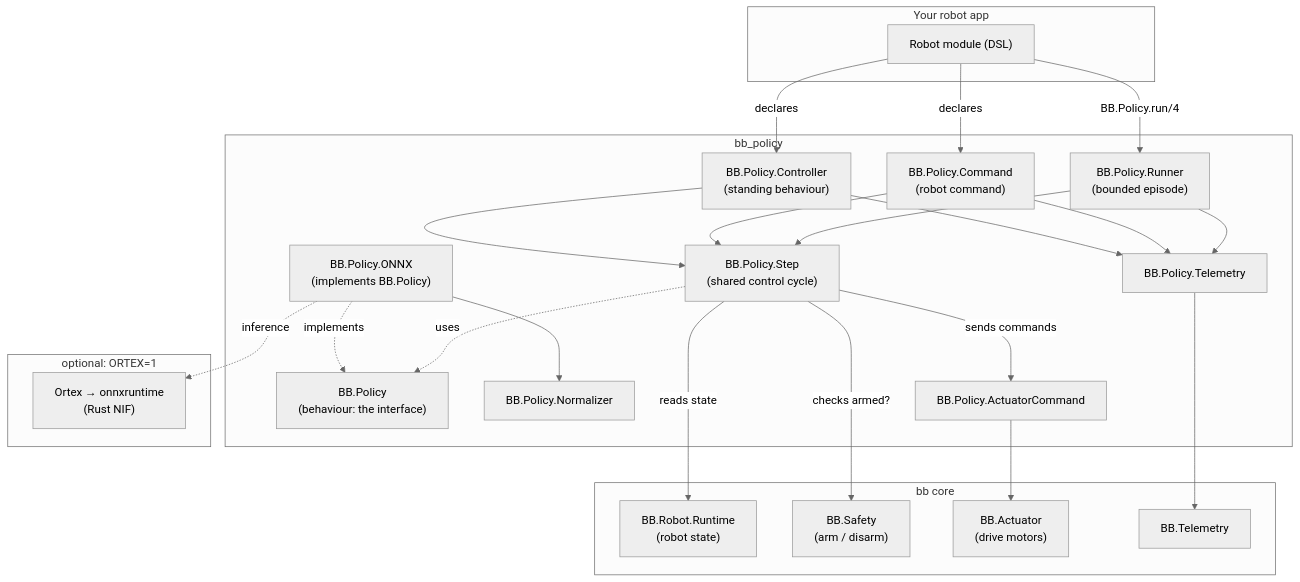
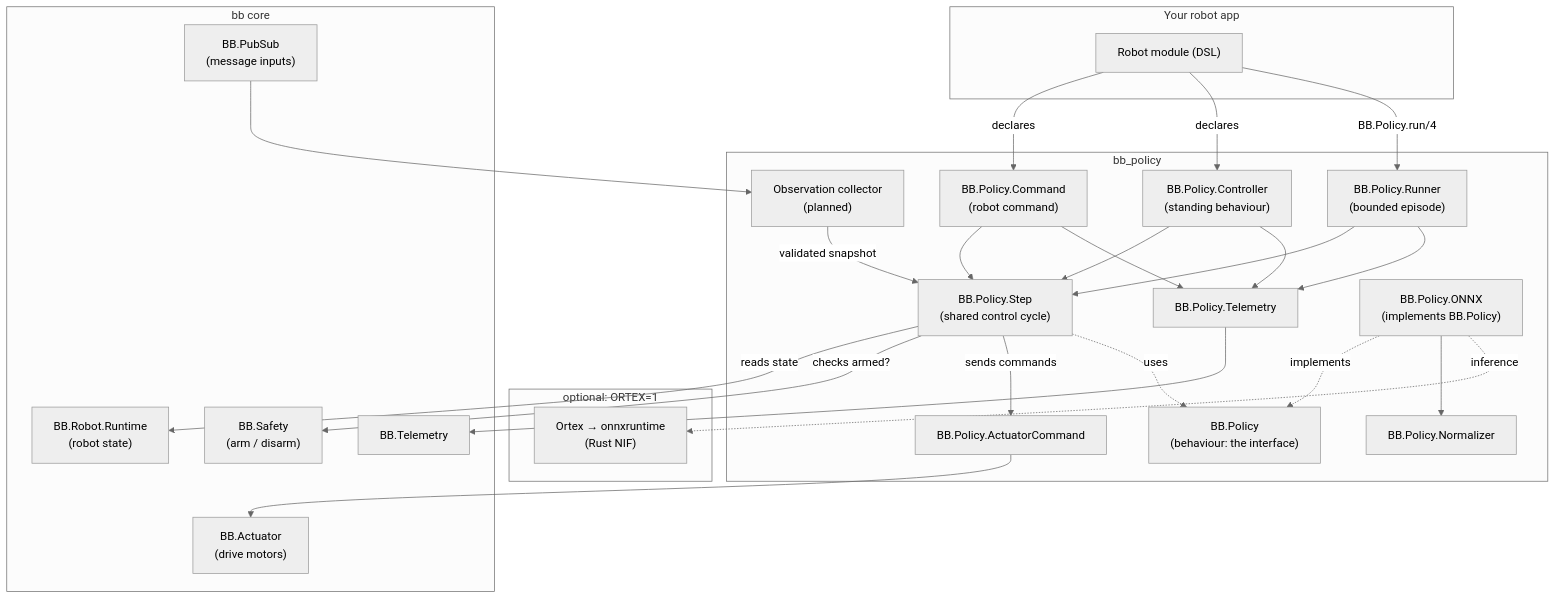
One commit to beam-bots/bb_policy changed the first of 3 diagrams in docs/design.md. Above: the diagram before and after it, drawn with Mermaid (neutral theme). The commit also changed other lines of this file and 1 other file, not shown here.

First line of the commit message:
docs: add observation contract and safety layers to design (#21)

````diff
--- a/docs/design.md
+++ b/docs/design.md
@@ -113,50 +115,54 @@
 ```mermaid
 flowchart TB
   subgraph user["Your robot app"]
     robot["Robot module (DSL)"]
   end
 
   subgraph pol["bb_policy"]
     beh["BB.Policy<br/>(behaviour: the interface)"]
     runner["BB.Policy.Runner<br/>(bounded episode)"]
     command["BB.Policy.Command<br/>(robot command)"]
     controller["BB.Policy.Controller<br/>(standing behaviour)"]
     step["BB.Policy.Step<br/>(shared control cycle)"]
     norm["BB.Policy.Normalizer"]
     acmd["BB.Policy.ActuatorCommand"]
     tele["BB.Policy.Telemetry"]
     onnx["BB.Policy.ONNX<br/>(implements BB.Policy)"]
+    inputs["Observation collector<br/>(planned)"]
   end
 
   subgraph ort["optional: ORTEX=1"]
     ortex["Ortex → onnxruntime<br/>(Rust NIF)"]
   end
 
   subgraph core["bb core"]
     rt["BB.Robot.Runtime<br/>(robot state)"]
+    pubsub["BB.PubSub<br/>(message inputs)"]
     safety["BB.Safety<br/>(arm / disarm)"]
     act["BB.Actuator<br/>(drive motors)"]
     bbtele["BB.Telemetry"]
   end
 
   robot -->|declares| command
   robot -->|declares| controller
   robot -->|"BB.Policy.run/4"| runner
 
   runner --> step
   command --> step
   controller --> step
+  pubsub --> inputs
+  inputs -->|validated snapshot| step
 
   step -->|reads state| rt
   step -->|"checks armed?"| safety
   step -->|sends commands| acmd
   acmd --> act
   step -.uses.-> beh
   onnx -.implements.-> beh
   onnx --> norm
   onnx -.->|inference| ortex
   runner --> tele
   command --> tele
   controller --> tele
   tele --> bbtele
 ```
````
